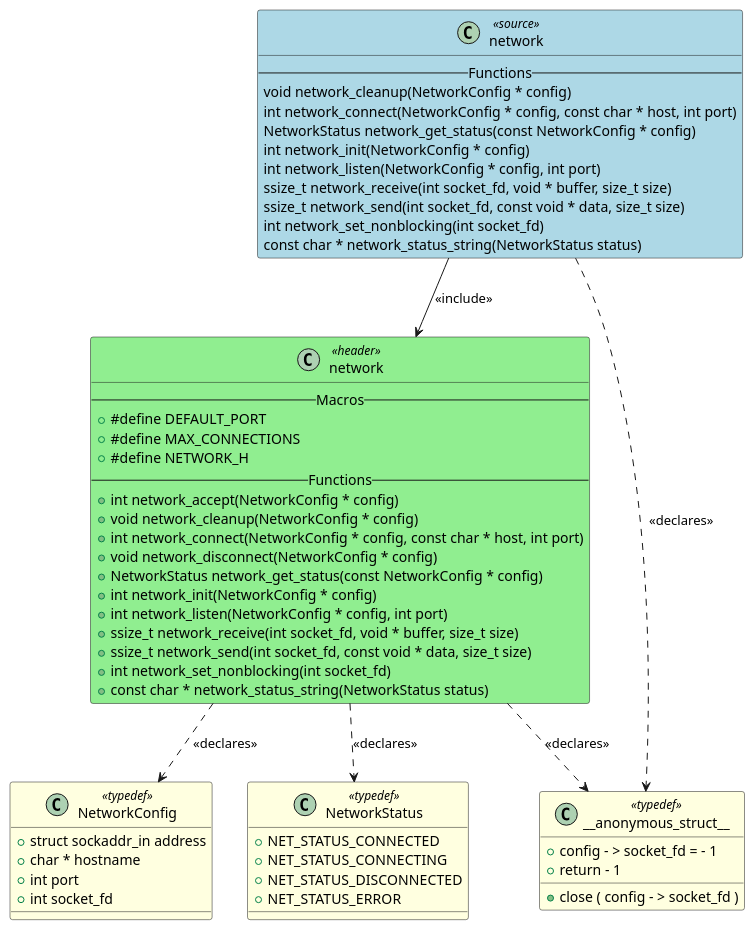
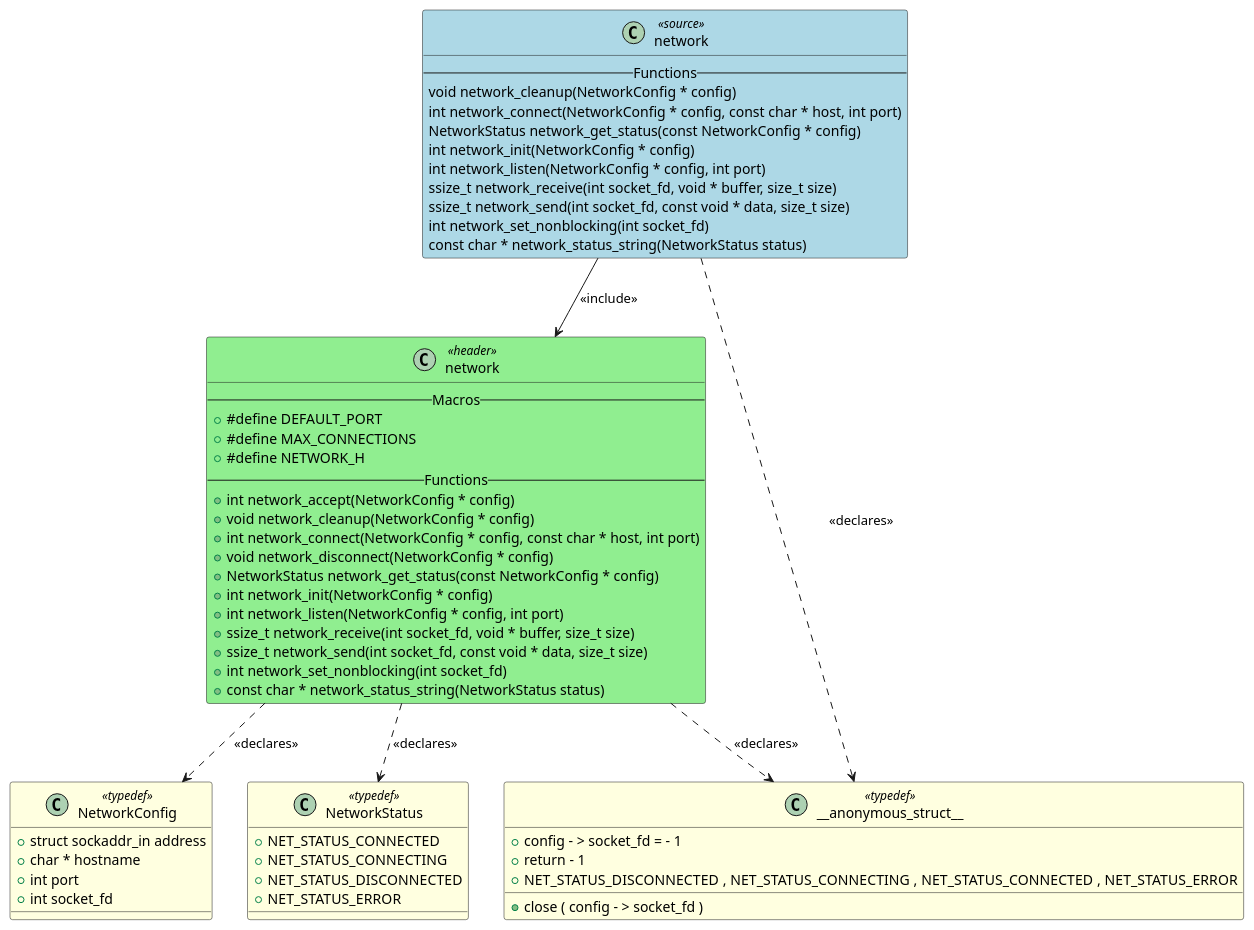
Before and after one commit to fischerjooo/c2puml: the diagram in artifacts/output_example/network.puml, drawn with PlantUML. The commit also changed 21 other files, not shown here.

Commit message:
Fix array type parsing and improve PlantUML diagram generation

```diff
--- a/artifacts/output_example/network.puml
+++ b/artifacts/output_example/network.puml
@@ -1,76 +1,77 @@
 @startuml network
 
 class "network" as NETWORK <<source>> #LightBlue
 {
     -- Functions --
     void network_cleanup(NetworkConfig * config)
     int network_connect(NetworkConfig * config, const char * host, int port)
     NetworkStatus network_get_status(const NetworkConfig * config)
     int network_init(NetworkConfig * config)
     int network_listen(NetworkConfig * config, int port)
     ssize_t network_receive(int socket_fd, void * buffer, size_t size)
     ssize_t network_send(int socket_fd, const void * data, size_t size)
     int network_set_nonblocking(int socket_fd)
     const char * network_status_string(NetworkStatus status)
 }
 
 class "network" as HEADER_NETWORK <<header>> #LightGreen
 {
     -- Macros --
     + #define DEFAULT_PORT
     + #define MAX_CONNECTIONS
     + #define NETWORK_H
     -- Functions --
     + int network_accept(NetworkConfig * config)
     + void network_cleanup(NetworkConfig * config)
     + int network_connect(NetworkConfig * config, const char * host, int port)
     + void network_disconnect(NetworkConfig * config)
     + NetworkStatus network_get_status(const NetworkConfig * config)
     + int network_init(NetworkConfig * config)
     + int network_listen(NetworkConfig * config, int port)
     + ssize_t network_receive(int socket_fd, void * buffer, size_t size)
     + ssize_t network_send(int socket_fd, const void * data, size_t size)
     + int network_set_nonblocking(int socket_fd)
     + const char * network_status_string(NetworkStatus status)
 }
 
 class "__anonymous_struct__" as TYPEDEF___ANONYMOUS_STRUCT__ <<typedef>> #LightYellow
 {
     + close ( config - > socket_fd )
     + config - > socket_fd = - 1
     + return - 1
 }
 
 class "NetworkConfig" as TYPEDEF_NETWORKCONFIG <<typedef>> #LightYellow
 {
     + struct sockaddr_in address
     + char * hostname
     + int port
     + int socket_fd
 }
 
 class "__anonymous_struct__" as TYPEDEF___ANONYMOUS_STRUCT__ <<typedef>> #LightYellow
 {
+    + NET_STATUS_DISCONNECTED , NET_STATUS_CONNECTING , NET_STATUS_CONNECTED , NET_STATUS_ERROR
 }
 
 class "NetworkStatus" as TYPEDEF_NETWORKSTATUS <<typedef>> #LightYellow
 {
     + NET_STATUS_CONNECTED
     + NET_STATUS_CONNECTING
     + NET_STATUS_DISCONNECTED
     + NET_STATUS_ERROR
 }
 
 
 ' Include relationships
 NETWORK --> HEADER_NETWORK : <<include>>
 
 ' Declaration relationships
 NETWORK ..> TYPEDEF___ANONYMOUS_STRUCT__ : <<declares>>
 HEADER_NETWORK ..> TYPEDEF_NETWORKCONFIG : <<declares>>
 HEADER_NETWORK ..> TYPEDEF___ANONYMOUS_STRUCT__ : <<declares>>
 HEADER_NETWORK ..> TYPEDEF_NETWORKSTATUS : <<declares>>
 
 ' Uses relationships
 
 @enduml
```
